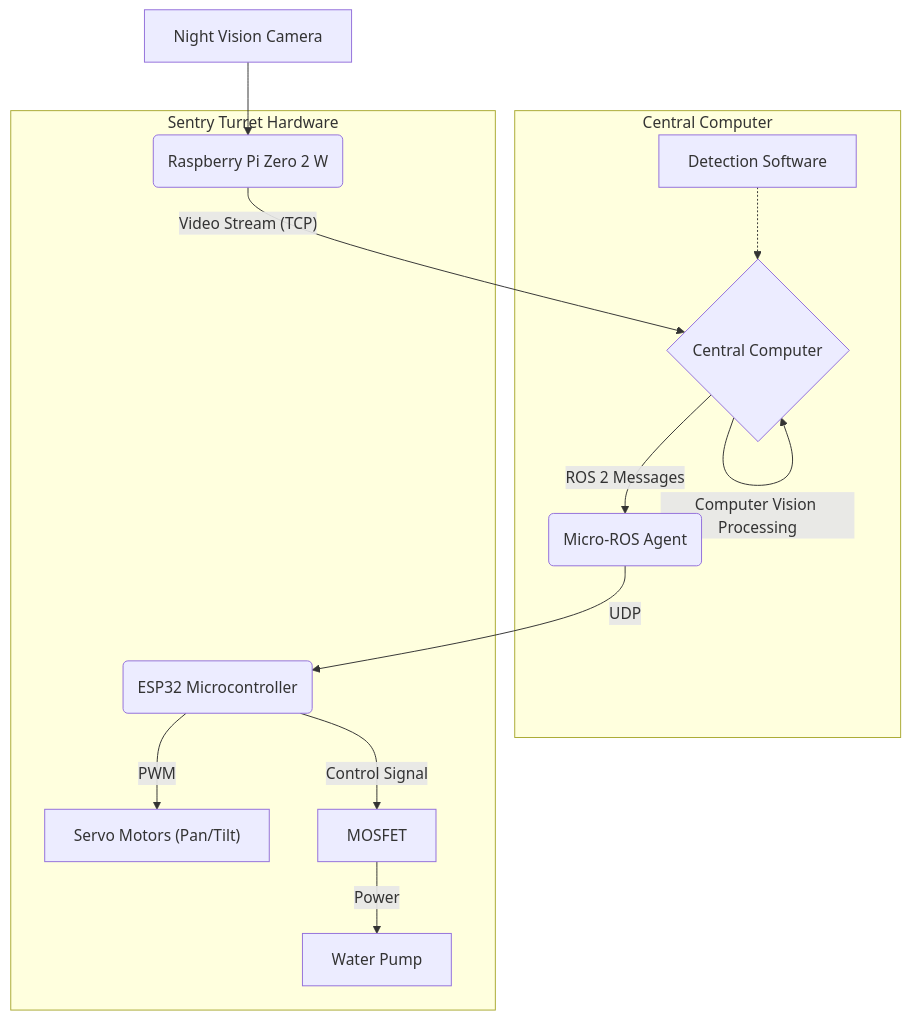
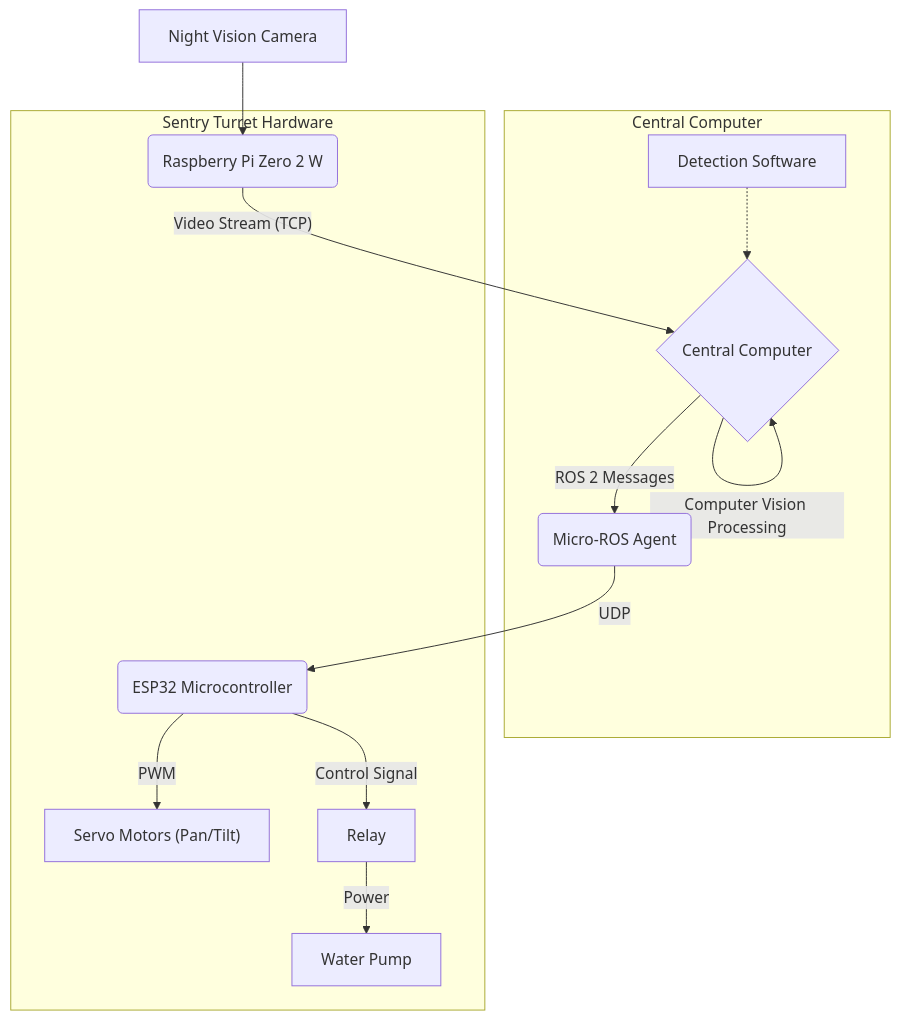
One commit to tolesch/aqua-sentinel changed the diagram in README.md. Above: the diagram before and after it, drawn with Mermaid. The commit also changed other lines of this file and 6 other files, not shown here.

````diff
--- a/README.md
+++ b/README.md
@@ -73,25 +91,25 @@
 ```mermaid
 graph TD
     A[Night Vision Camera] --> B(Raspberry Pi Zero 2 W);
     B -- Video Stream (TCP) --> C{Central Computer};
     C -- Computer Vision Processing --> C;
     C -- ROS 2 Messages --> D(Micro-ROS Agent);
     D -- UDP --> E(ESP32 Microcontroller);
     E -- PWM --> F["Servo Motors (Pan/Tilt)"];
-    E -- Control Signal --> G[MOSFET];
+    E -- Control Signal --> G[Relay];
     G -- Power --> H[Water Pump];
 
     subgraph "Central Computer"
         C
         D
         I[Detection Software] -.-> C
     end
 
     subgraph "Sentry Turret Hardware"
         B
         E
         F
         G
         H
     end
 ```
````
